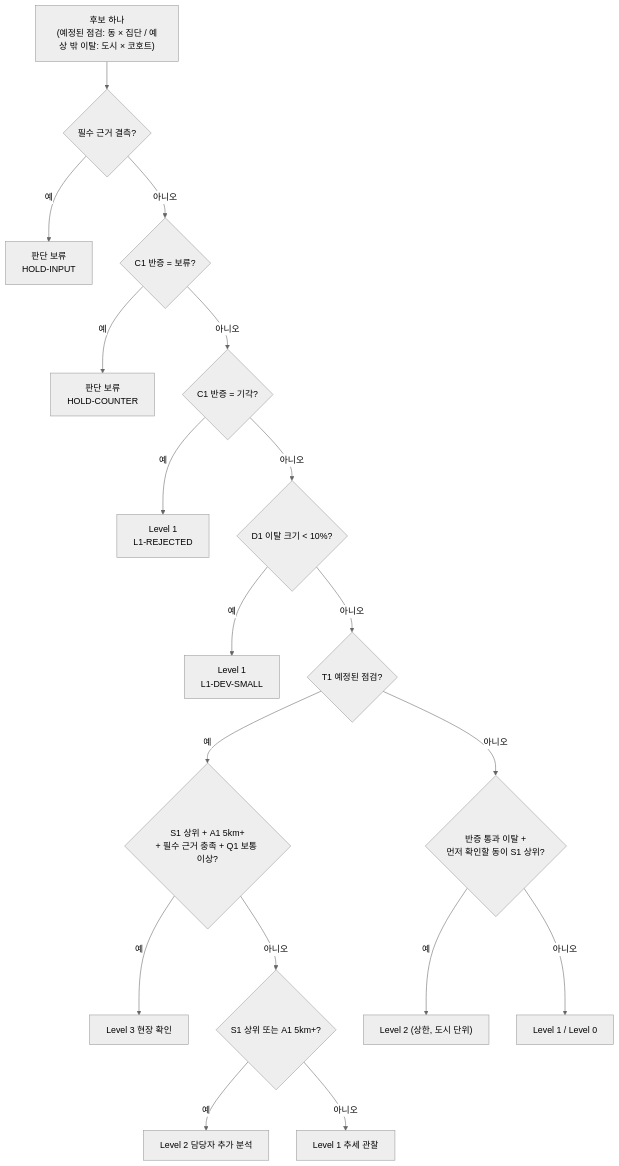
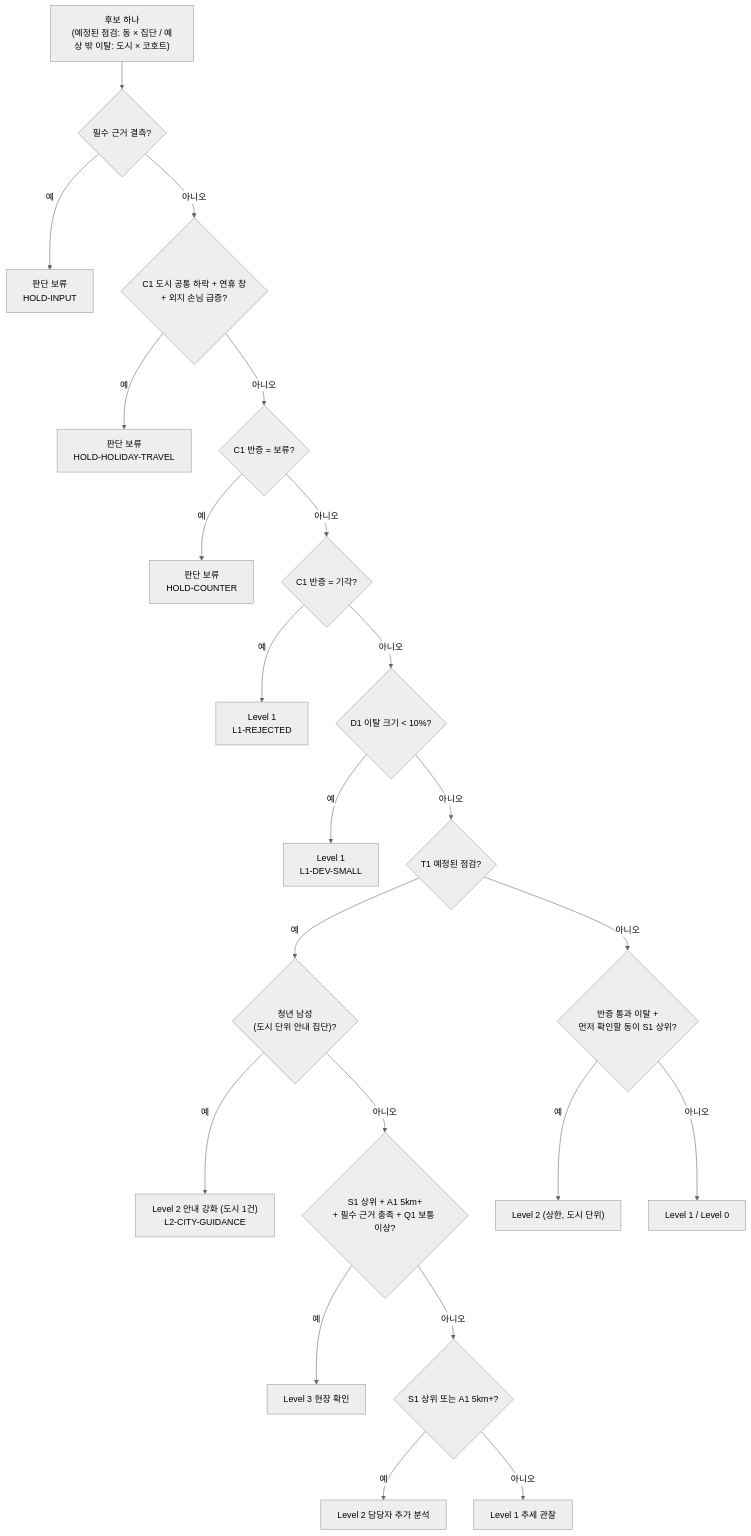
Before and after one commit to taeyeon715/BigDataContest_social-isolation-LINK-Radar: the diagram in docs/위험_지표.md, drawn with Mermaid (neutral theme). The commit also changed other lines of this file and 26 other files, not shown here.

````diff
--- a/docs/위험_지표.md
+++ b/docs/위험_지표.md
@@ -113,20 +116,24 @@
 ```mermaid
 flowchart TD
   IN["후보 하나<br/>(예정된 점검: 동 × 집단 / 예상 밖 이탈: 도시 × 코호트)"] --> H1{"필수 근거 결측?"}
   H1 -- 예 --> HOLD1["판단 보류<br/>HOLD-INPUT"]
-  H1 -- 아니오 --> H2{"C1 반증 = 보류?"}
+  H1 -- 아니오 --> HT{"C1 도시 공통 하락 + 연휴 창<br/>+ 외지 손님 급증?"}
+  HT -- 예 --> HOLDT["판단 보류<br/>HOLD-HOLIDAY-TRAVEL"]
+  HT -- 아니오 --> H2{"C1 반증 = 보류?"}
   H2 -- 예 --> HOLD2["판단 보류<br/>HOLD-COUNTER"]
   H2 -- 아니오 --> R1{"C1 반증 = 기각?"}
   R1 -- 예 --> L1R["Level 1<br/>L1-REJECTED"]
   R1 -- 아니오 --> R2{"D1 이탈 크기 < 10%?"}
   R2 -- 예 --> L1S["Level 1<br/>L1-DEV-SMALL"]
   R2 -- 아니오 --> T{"T1 예정된 점검?"}
-  T -- 예 --> L3{"S1 상위 + A1 5km+<br/>+ 필수 근거 충족 + Q1 보통 이상?"}
+  T -- 예 --> CG{"청년 남성<br/>(도시 단위 안내 집단)?"}
+  CG -- 예 --> LCG["Level 2 안내 강화 (도시 1건)<br/>L2-CITY-GUIDANCE"]
+  CG -- 아니오 --> L3{"S1 상위 + A1 5km+<br/>+ 필수 근거 충족 + Q1 보통 이상?"}
   L3 -- 예 --> LV3["Level 3 현장 확인"]
   L3 -- 아니오 --> L2{"S1 상위 또는 A1 5km+?"}
   L2 -- 예 --> LV2["Level 2 담당자 추가 분석"]
   L2 -- 아니오 --> L1T["Level 1 추세 관찰"]
   T -- 아니오 --> DV{"반증 통과 이탈 +<br/>먼저 확인할 동이 S1 상위?"}
   DV -- 예 --> LV2D["Level 2 (상한, 도시 단위)"]
   DV -- 아니오 --> L0["Level 1 / Level 0"]
 ```
````
